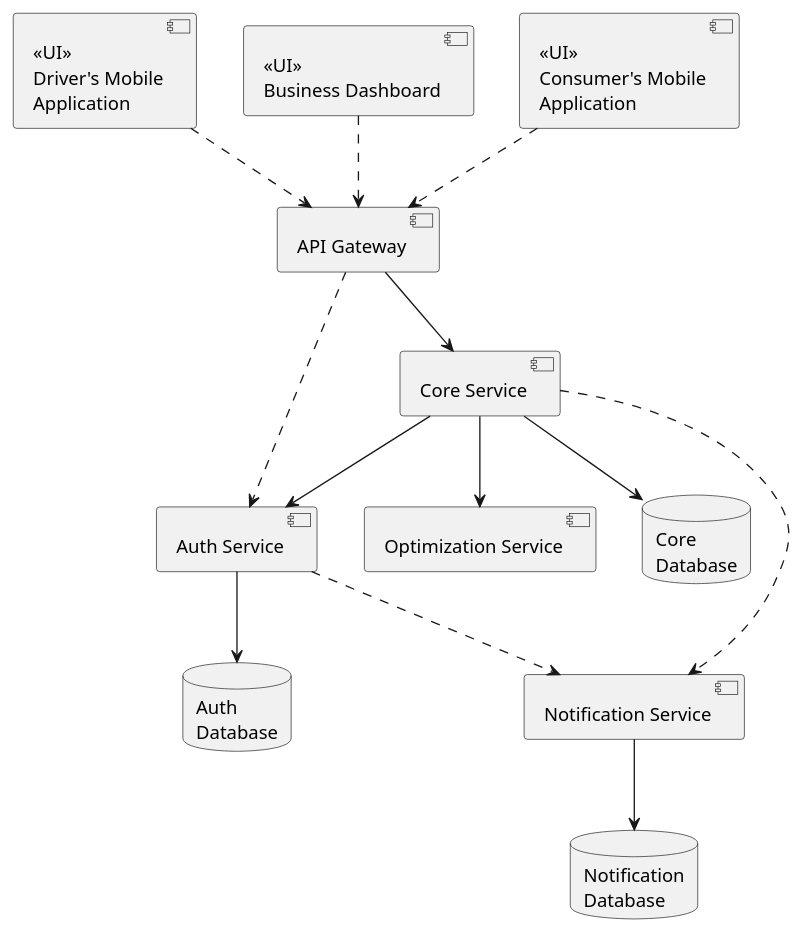
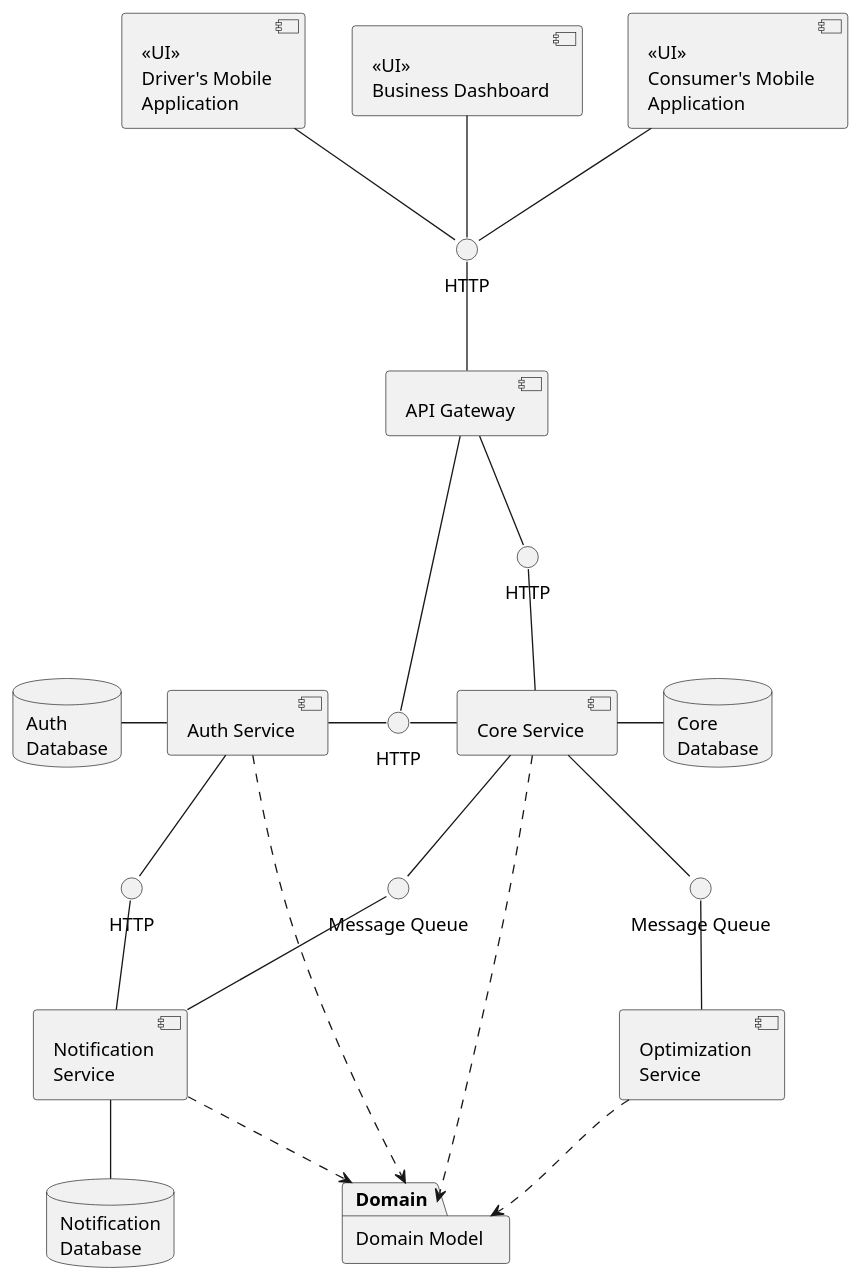
One commit to EasyDropEt/ed-domain changed the diagram in documentation/component-diagrams/high-level.puml. Above: the diagram before and after it, drawn with PlantUML. The commit also changed 19 other files, not shown here.

```diff
--- a/documentation/component-diagrams/high-level.puml
+++ b/documentation/component-diagrams/high-level.puml
@@ -1,36 +1,67 @@
 @startuml
+
+' Packages
+package "Domain Model" as Domain
 
 ' Components
 component "<<UI>>\nDriver's Mobile\nApplication" as D
 component "<<UI>>\nBusiness Dashboard" as Dash
 component "<<UI>>\nConsumer's Mobile\nApplication" as C
 component "API Gateway" as Gateway
+component "Auth Service" as Auth
 component "Core Service" as Core
-component "Notification Service" as Notification
-component "Auth Service" as Auth
-component "Optimization Service" as Optimization
+component "Notification\nService" as Notification
+component "Optimization\nService" as Optimization
 
 ' Databases
 database "Auth\nDatabase" as AuthDb
 database "Core\nDatabase" as CoreDb
 database "Notification\nDatabase" as NotificationDb
 
+' Interfaces
+' Gateway interfaces
+interface "HTTP" as GatewayHttp
+GatewayHttp -- Gateway
+
+' Core interfaces
+interface "HTTP" as CoreHttp
+CoreHttp -- Core
+
+' Notification interfaces
+interface "HTTP" as NotificationHttp
+interface "Message Queue" as NotificationMQ
+NotificationHttp -- Notification
+NotificationMQ -- Notification
+
+' Auth interfaces
+interface "HTTP" as AuthHttp
+AuthHttp -left- Auth
+
+' Optimization interfaces'
+interface "Message Queue" as OptimizationMQ
+OptimizationMQ -- Optimization
+
 ' Relationships
-D ..> Gateway
-Dash ..> Gateway
-C ..> Gateway
+D -- GatewayHttp
+Dash -- GatewayHttp
+C -- GatewayHttp
 
-Gateway ..> Auth
-Gateway --> Core
+Gateway -- AuthHttp
+Gateway -- CoreHttp
 
-Core ..> Notification
-Core --> Optimization
-Core --> Auth
-Core --> CoreDb
+Core -- NotificationMQ
+Core -- OptimizationMQ
+Core -left- AuthHttp
+Core -right- CoreDb
+Core ..> Domain
 
-Auth ..> Notification
-Auth --> AuthDb
+Auth -- NotificationHttp
+Auth -left- AuthDb
+Auth ..> Domain
 
-Notification --> NotificationDb
+Notification -- NotificationDb
+Notification ..> Domain
+
+Optimization ..> Domain
 
 @enduml
```
